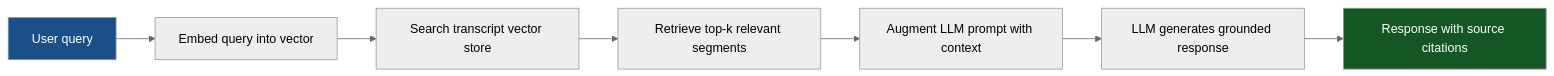
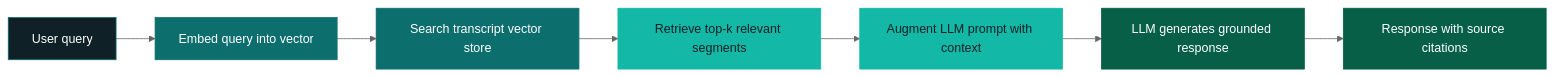
One commit to BenovaTech/novapulse-docs changed the diagram in docs/concepts/rag-pipeline.md. Above: the diagram before and after it, drawn with Mermaid (neutral theme). The commit also changed 7 other files, not shown here.

Commit message:
style: apply teal palette, fix all diagrams, add logo and favicon

````diff
--- a/docs/concepts/rag-pipeline.md
+++ b/docs/concepts/rag-pipeline.md
@@ -30,12 +30,17 @@
 ```mermaid
 flowchart LR
   A[User query] --> B[Embed query into vector]
   B --> C[Search transcript vector store]
   C --> D[Retrieve top-k relevant segments]
   D --> E[Augment LLM prompt with context]
   E --> F[LLM generates grounded response]
   F --> G[Response with source citations]
- 
-  style A fill:#1B4F8A,color:#fff
-  style G fill:#155724,color:#fff
+
+  style A fill:#0f2027,color:#ffffff,stroke:#0d6e6e
+  style B fill:#0d6e6e,color:#ffffff,stroke:#0d6e6e
+  style C fill:#0d6e6e,color:#ffffff,stroke:#0d6e6e
+  style D fill:#14b8a6,color:#0f2027,stroke:#14b8a6
+  style E fill:#14b8a6,color:#0f2027,stroke:#14b8a6
+  style F fill:#065f46,color:#ffffff,stroke:#065f46
+  style G fill:#065f46,color:#ffffff,stroke:#065f46
 ```
````
